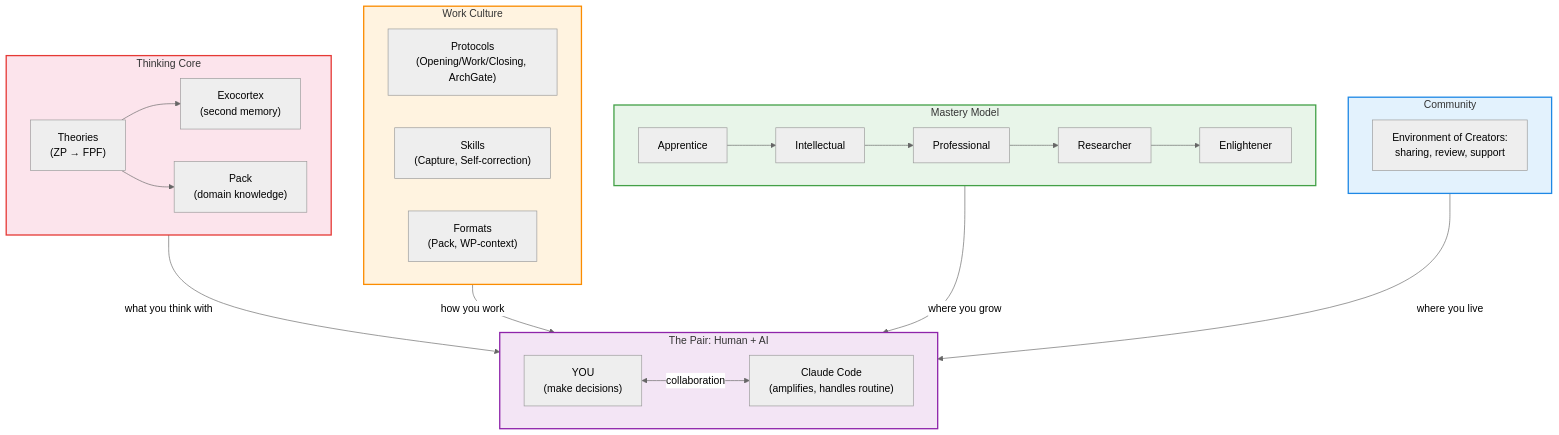
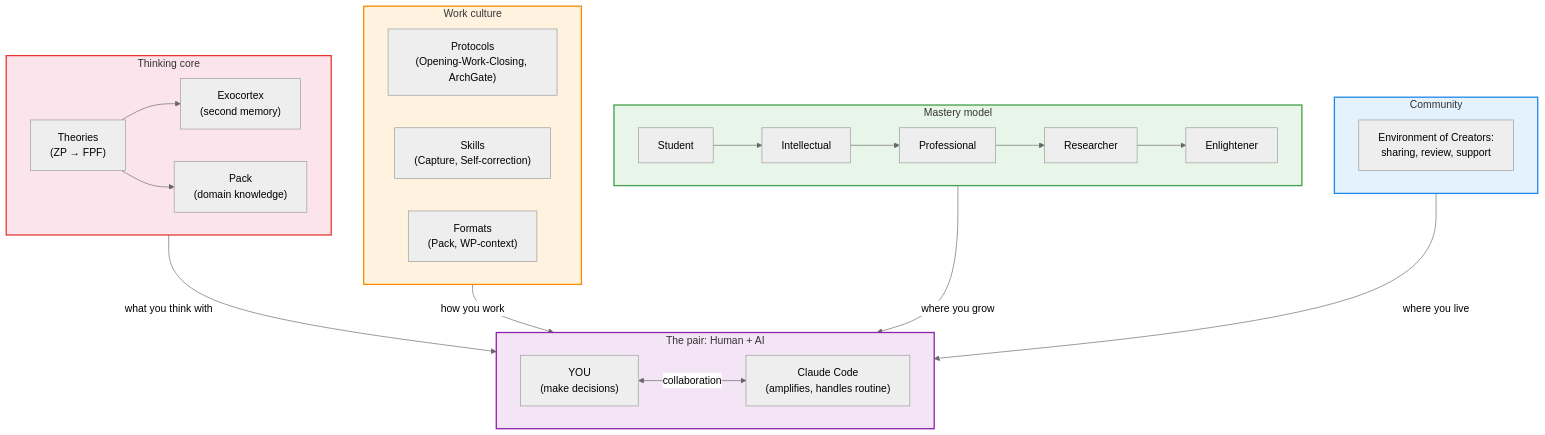
The second of 3 diagrams in docs/onboarding/onboarding-guide.md (iwesys/IWE), drawn with Mermaid (neutral theme) before and after one commit. The commit also changed other lines of this file and 22 other files, not shown here.

````diff
--- a/docs/onboarding/onboarding-guide.md
+++ b/docs/onboarding/onboarding-guide.md
@@ -222,44 +222,44 @@
 ```mermaid
 graph TB
-    subgraph core["Thinking Core"]
+    subgraph core["Thinking core"]
         direction LR
         ZP["Theories\n(ZP → FPF)"]
         EXO["Exocortex\n(second memory)"]
         PACK["Pack\n(domain knowledge)"]
         ZP --> EXO
         ZP --> PACK
     end
 
-    subgraph culture["Work Culture"]
+    subgraph culture["Work culture"]
         direction LR
-        PROTOCOLS["Protocols\n(Opening/Work/Closing, ArchGate)"]
+        PROTOCOLS["Protocols\n(Opening-Work-Closing, ArchGate)"]
         SKILLS["Skills\n(Capture, Self-correction)"]
         FORMATS["Formats\n(Pack, WP-context)"]
     end
 
-    subgraph mastery["Mastery Model"]
-        M1["Apprentice"] --> M2["Intellectual"] --> M3["Professional"] --> M4["Researcher"] --> M5["Enlightener"]
+    subgraph mastery["Mastery model"]
+        M1["Student"] --> M2["Intellectual"] --> M3["Professional"] --> M4["Researcher"] --> M5["Enlightener"]
     end
 
     subgraph community["Community"]
         COMM["Environment of Creators:\nsharing, review, support"]
     end
 
-    subgraph pair["The Pair: Human + AI"]
+    subgraph pair["The pair: Human + AI"]
         direction LR
         USER["YOU\n(make decisions)"]
         AI["Claude Code\n(amplifies, handles routine)"]
         USER <-->|"collaboration"| AI
     end
 
     core -->|"what you think with"| pair
     culture -->|"how you work"| pair
     mastery -->|"where you grow"| pair
     community -->|"where you live"| pair
 
     style core fill:#fce4ec,stroke:#e53935,stroke-width:2px
     style culture fill:#fff3e0,stroke:#fb8c00,stroke-width:2px
     style mastery fill:#e8f5e9,stroke:#43a047,stroke-width:2px
     style community fill:#e3f2fd,stroke:#1e88e5,stroke-width:2px
     style pair fill:#f3e5f5,stroke:#8e24aa,stroke-width:2px
 ```
````
